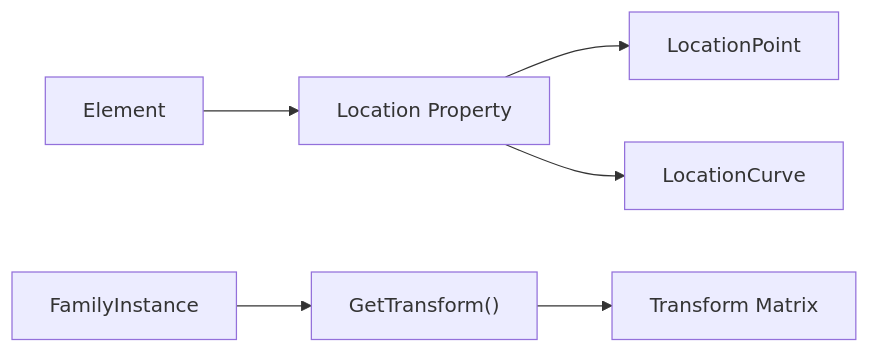
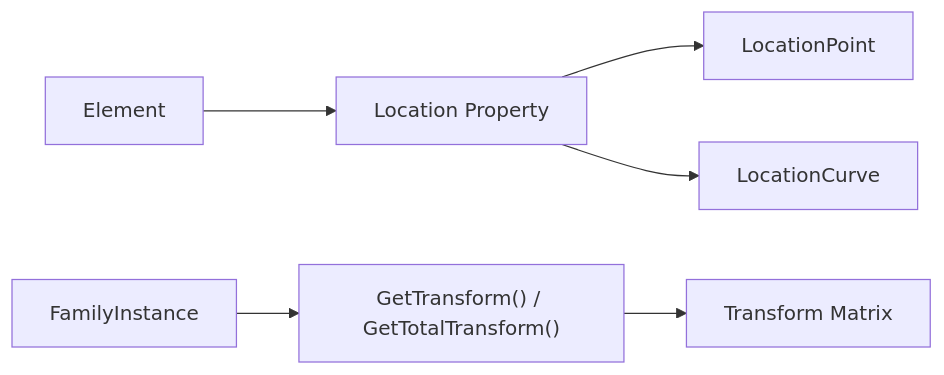
The second of 5 diagrams in RevitApiSamples/Samples/Transform/Transform.md (Mustafa-TOMMY/CommandSamplesRevitApiVer2025), drawn with Mermaid before and after one commit. The commit also changed other lines of this file and 1 other file, not shown here.

Commit message:
feat(transform): add GetLocationPointEndPointCommand and document 3D direction and Z-elevation calculation methods in Transform.md

````diff
--- a/RevitApiSamples/Samples/Transform/Transform.md
+++ b/RevitApiSamples/Samples/Transform/Transform.md
@@ -23,11 +25,11 @@
 ```mermaid
 flowchart LR
     E["Element"]
     E --> L["Location Property"]
     L --> LP["LocationPoint"]
     L --> LC["LocationCurve"]
     
     FI["FamilyInstance"]
-    FI --> T["GetTransform()"]
+    FI --> T["GetTransform() / GetTotalTransform()"]
     T --> TM["Transform Matrix"]
 ```
````
